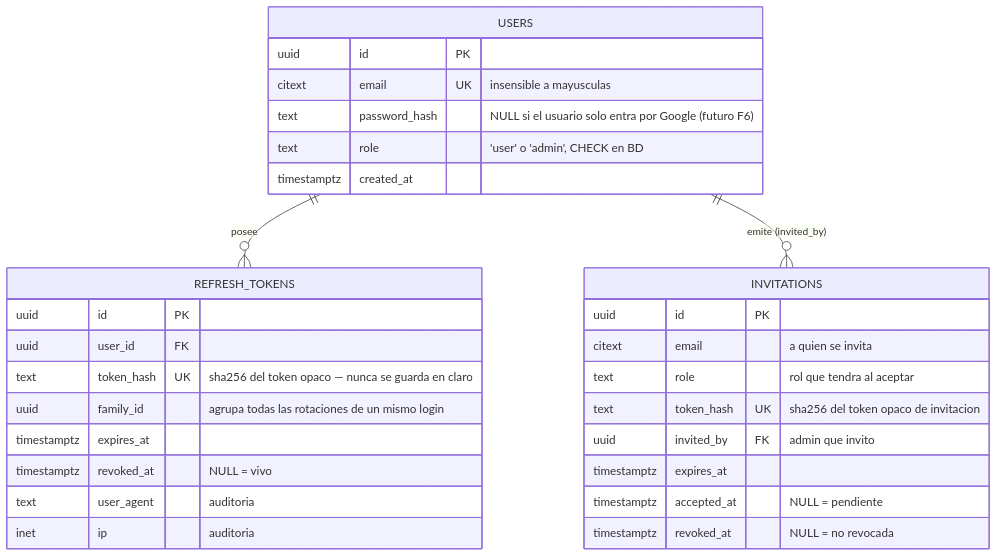
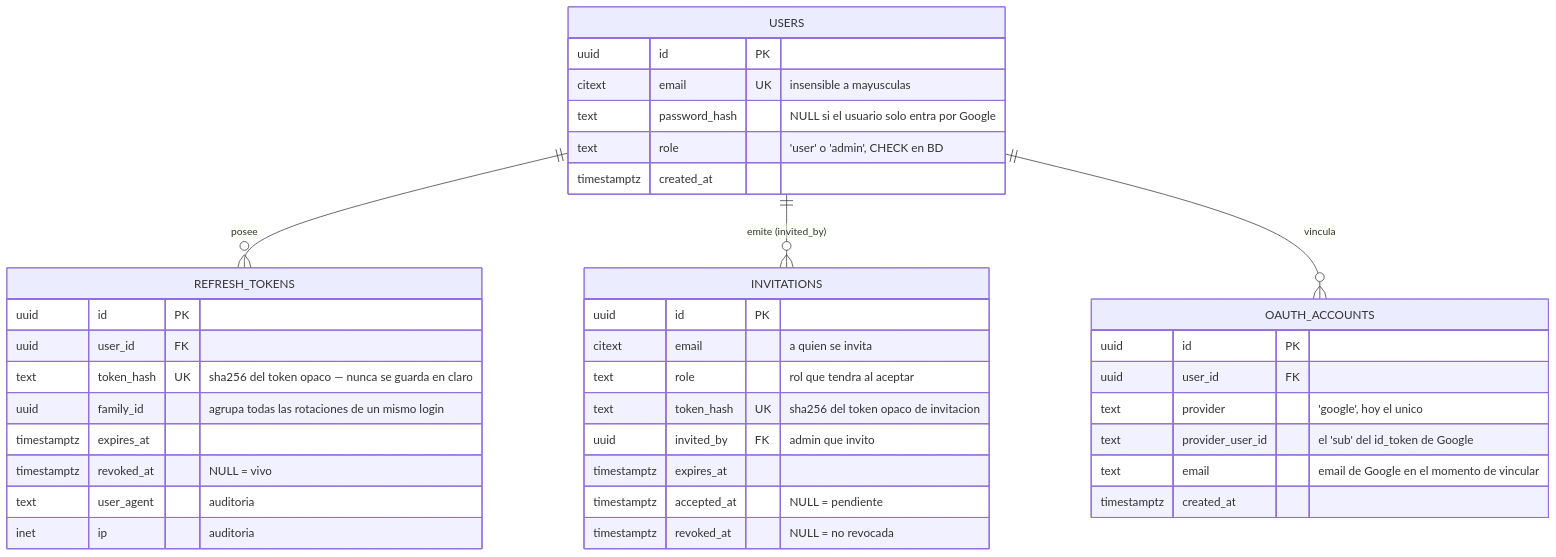
One commit to afayaizu-dev/quini-api changed the second of 8 diagrams in docs/02-Autenticacion.md. Above: the diagram before and after it, drawn with Mermaid. The commit also changed other lines of this file and 10 other files, not shown here.

````diff
--- a/docs/02-Autenticacion.md
+++ b/docs/02-Autenticacion.md
@@ -73,33 +74,42 @@
 ```mermaid
 erDiagram
     USERS ||--o{ REFRESH_TOKENS : "posee"
     USERS ||--o{ INVITATIONS : "emite (invited_by)"
+    USERS ||--o{ OAUTH_ACCOUNTS : "vincula"
 
     USERS {
         uuid id PK
         citext email UK "insensible a mayusculas"
-        text password_hash "NULL si el usuario solo entra por Google (futuro F6)"
+        text password_hash "NULL si el usuario solo entra por Google"
         text role "'user' o 'admin', CHECK en BD"
         timestamptz created_at
     }
     REFRESH_TOKENS {
         uuid id PK
         uuid user_id FK
         text token_hash UK "sha256 del token opaco — nunca se guarda en claro"
         uuid family_id "agrupa todas las rotaciones de un mismo login"
         timestamptz expires_at
         timestamptz revoked_at "NULL = vivo"
         text user_agent "auditoria"
         inet ip "auditoria"
     }
     INVITATIONS {
         uuid id PK
         citext email "a quien se invita"
         text role "rol que tendra al aceptar"
         text token_hash UK "sha256 del token opaco de invitacion"
         uuid invited_by FK "admin que invito"
         timestamptz expires_at
         timestamptz accepted_at "NULL = pendiente"
         timestamptz revoked_at "NULL = no revocada"
     }
+    OAUTH_ACCOUNTS {
+        uuid id PK
+        uuid user_id FK
+        text provider "'google', hoy el unico"
+        text provider_user_id "el 'sub' del id_token de Google"
+        text email "email de Google en el momento de vincular"
+        timestamptz created_at
+    }
 ```
````
